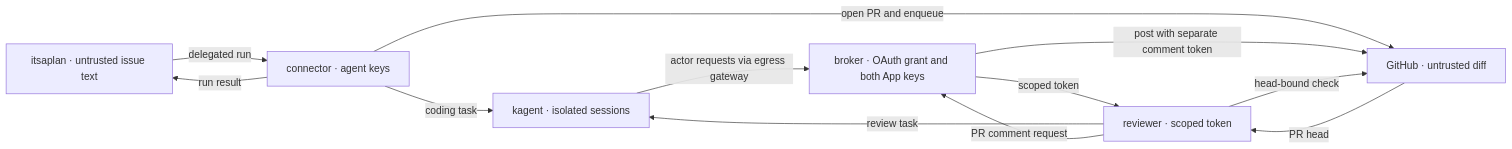
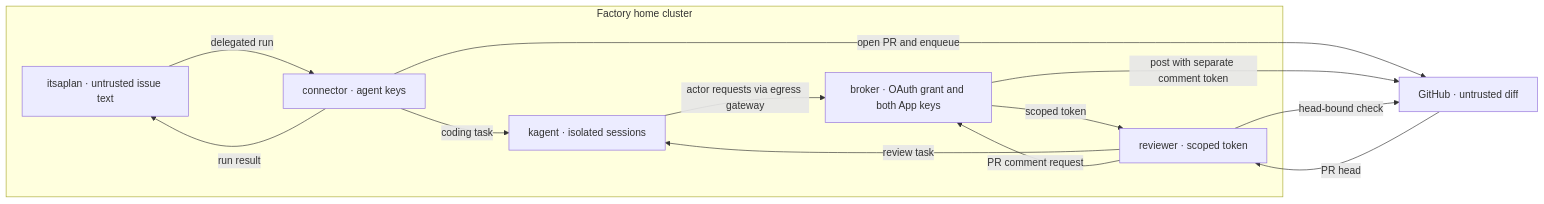
Before and after one commit to jomcgi-org/homelab: the first of 2 diagrams in projects/factory/ARCHITECTURE.md, drawn with Mermaid. The commit also changed other lines of this file, not shown here.

First paragraph of the commit message:
Mark the factory trust boundary and place upstream findings in an appendix
Refs HOME-264

````diff
--- a/projects/factory/ARCHITECTURE.md
+++ b/projects/factory/ARCHITECTURE.md
@@ -7,14 +7,21 @@
 ```mermaid
 flowchart LR
-  itsaplan["itsaplan · untrusted issue text"] -->|delegated run| connector["connector · agent keys"]
-  connector -->|coding task| kagent["kagent · isolated sessions"]
-  kagent -->|actor requests via egress gateway| broker["broker · OAuth grant and both App keys"]
+  subgraph cluster["Factory home cluster"]
+    itsaplan["itsaplan · untrusted issue text"]
+    connector["connector · agent keys"]
+    kagent["kagent · isolated sessions"]
+    broker["broker · OAuth grant and both App keys"]
+    reviewer["reviewer · scoped token"]
+  end
+  itsaplan -->|delegated run| connector
+  connector -->|coding task| kagent
+  kagent -->|actor requests via egress gateway| broker
   connector -->|open PR and enqueue| github["GitHub · untrusted diff"]
-  github -->|PR head| reviewer["reviewer · scoped token"]
+  github -->|PR head| reviewer
   reviewer -->|review task| kagent
   broker -->|scoped token| reviewer
   reviewer -->|PR comment request| broker
   broker -->|post with separate comment token| github
   reviewer -->|head-bound check| github
   connector -->|run result| itsaplan
 ```
````
